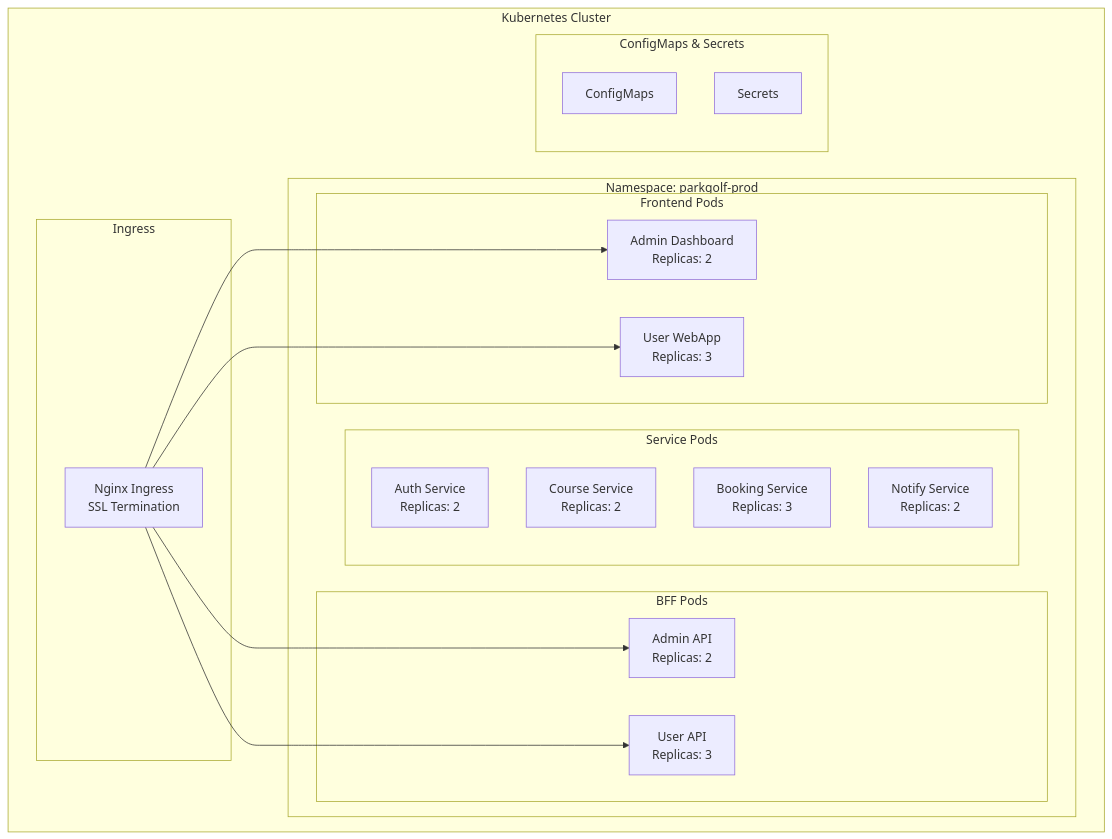
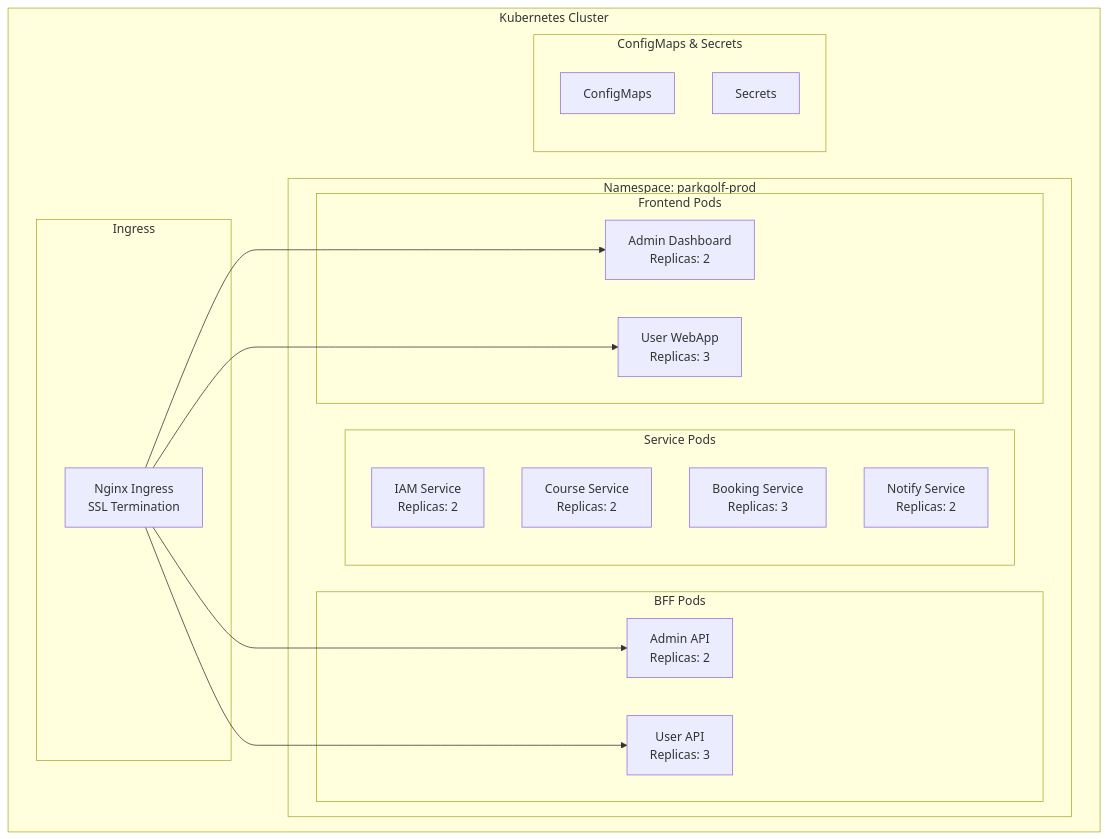
One commit to uniyous/parkgolf-platform changed the eighth of 10 diagrams in docs/ARCHITECTURE.md. Above: the diagram before and after it, drawn with Mermaid. The commit also changed other lines of this file and 4 other files, not shown here.

````diff
--- a/docs/ARCHITECTURE.md
+++ b/docs/ARCHITECTURE.md
@@ -765,37 +890,37 @@
 ```mermaid
 graph TD
     subgraph "Kubernetes Cluster"
         subgraph "Namespace: parkgolf-prod"
             subgraph "Frontend Pods"
                 AD[Admin Dashboard<br/>Replicas: 2]
                 UW[User WebApp<br/>Replicas: 3]
             end
             
             subgraph "BFF Pods"
                 AAPI[Admin API<br/>Replicas: 2]
                 UAPI[User API<br/>Replicas: 3]
             end
             
             subgraph "Service Pods"
-                AUTH[Auth Service<br/>Replicas: 2]
+                AUTH[IAM Service<br/>Replicas: 2]
                 COURSE[Course Service<br/>Replicas: 2]
                 BOOK[Booking Service<br/>Replicas: 3]
                 NOTIFY[Notify Service<br/>Replicas: 2]
             end
         end
         
         subgraph "Ingress"
             ING[Nginx Ingress<br/>SSL Termination]
         end
         
         subgraph "ConfigMaps & Secrets"
             CM[ConfigMaps]
             SEC[Secrets]
         end
     end
     
     ING --> AD
     ING --> UW
     ING --> AAPI
     ING --> UAPI
 ```
````
